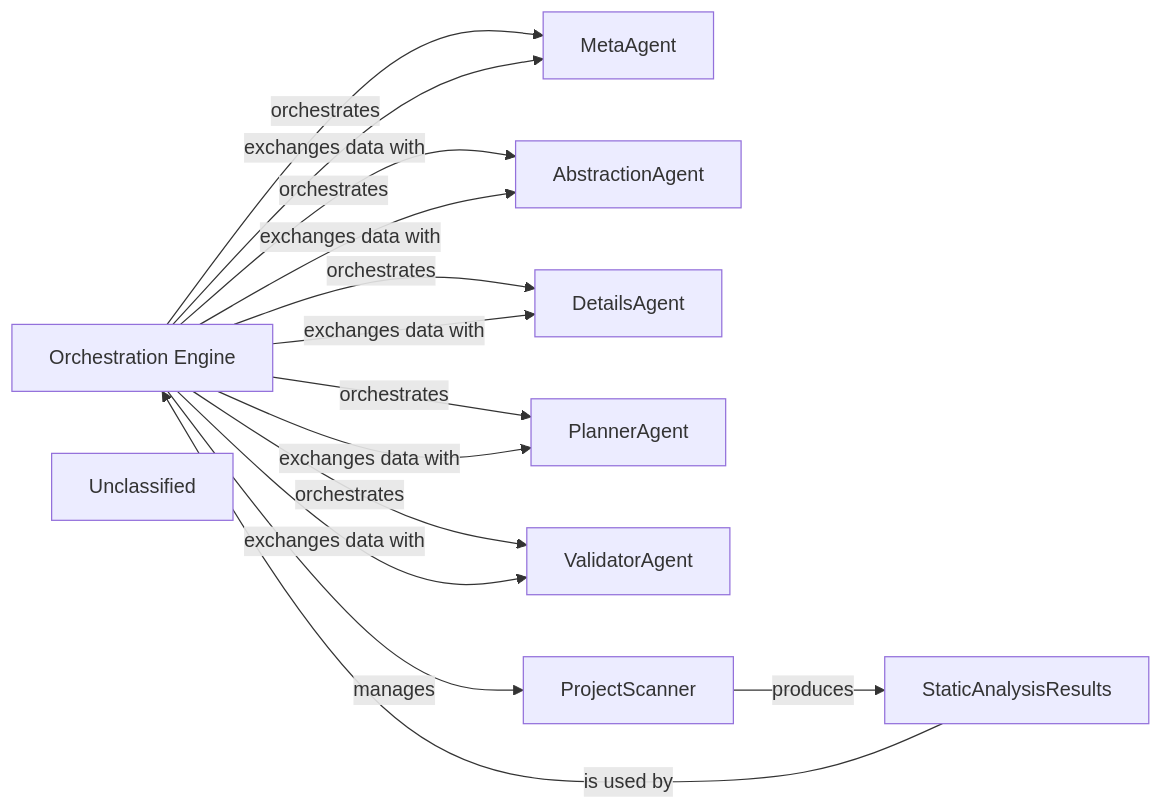
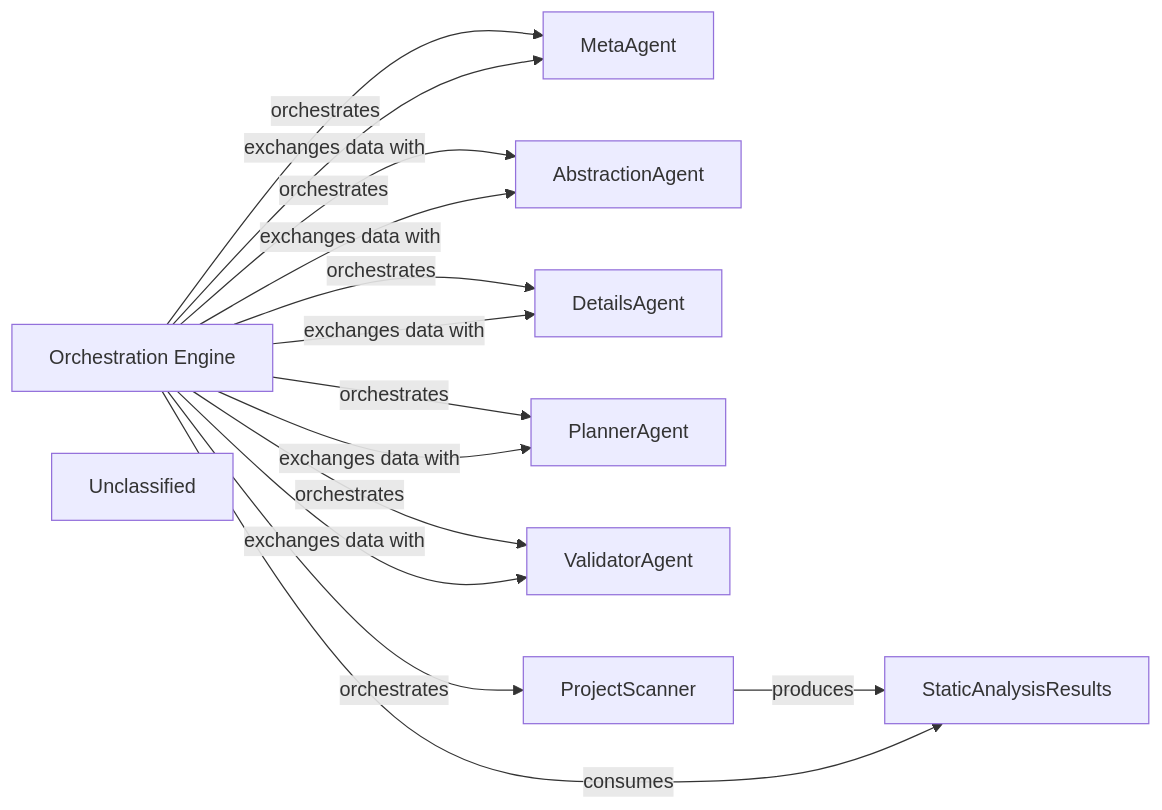
The diagram in .codeboarding/Orchestration_Engine.md (mariyam866/CodeBoarding), drawn with Mermaid before and after one commit. The commit also changed other lines of this file and 15 other files, not shown here.

First line of the commit message:
docs: update codeboarding documentation and generate architecture

````diff
--- a/.codeboarding/Orchestration_Engine.md
+++ b/.codeboarding/Orchestration_Engine.md
@@ -1,26 +1,26 @@
 ```mermaid
 graph LR
     Orchestration_Engine["Orchestration Engine"]
     MetaAgent["MetaAgent"]
     AbstractionAgent["AbstractionAgent"]
     DetailsAgent["DetailsAgent"]
     PlannerAgent["PlannerAgent"]
     ValidatorAgent["ValidatorAgent"]
     ProjectScanner["ProjectScanner"]
     StaticAnalysisResults["StaticAnalysisResults"]
     Unclassified["Unclassified"]
+    Orchestration_Engine -- "orchestrates" --> ProjectScanner
+    ProjectScanner -- "produces" --> StaticAnalysisResults
+    Orchestration_Engine -- "consumes" --> StaticAnalysisResults
     Orchestration_Engine -- "orchestrates" --> MetaAgent
     Orchestration_Engine -- "exchanges data with" --> MetaAgent
     Orchestration_Engine -- "orchestrates" --> AbstractionAgent
     Orchestration_Engine -- "exchanges data with" --> AbstractionAgent
     Orchestration_Engine -- "orchestrates" --> DetailsAgent
     Orchestration_Engine -- "exchanges data with" --> DetailsAgent
     Orchestration_Engine -- "orchestrates" --> PlannerAgent
     Orchestration_Engine -- "exchanges data with" --> PlannerAgent
     Orchestration_Engine -- "orchestrates" --> ValidatorAgent
     Orchestration_Engine -- "exchanges data with" --> ValidatorAgent
-    Orchestration_Engine -- "manages" --> ProjectScanner
-    ProjectScanner -- "produces" --> StaticAnalysisResults
-    StaticAnalysisResults -- "is used by" --> Orchestration_Engine
     click Orchestration_Engine href "https://github.com/CodeBoarding/CodeBoarding/blob/main/.codeboarding/Orchestration_Engine.md" "Details"
 ```
````
